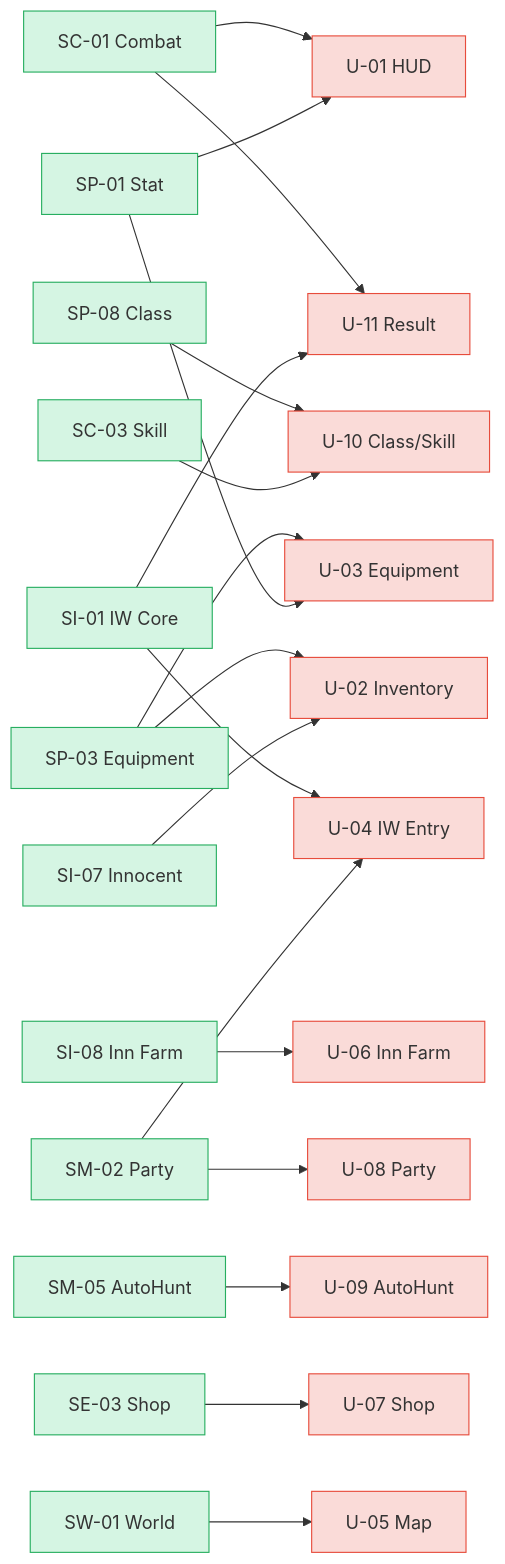
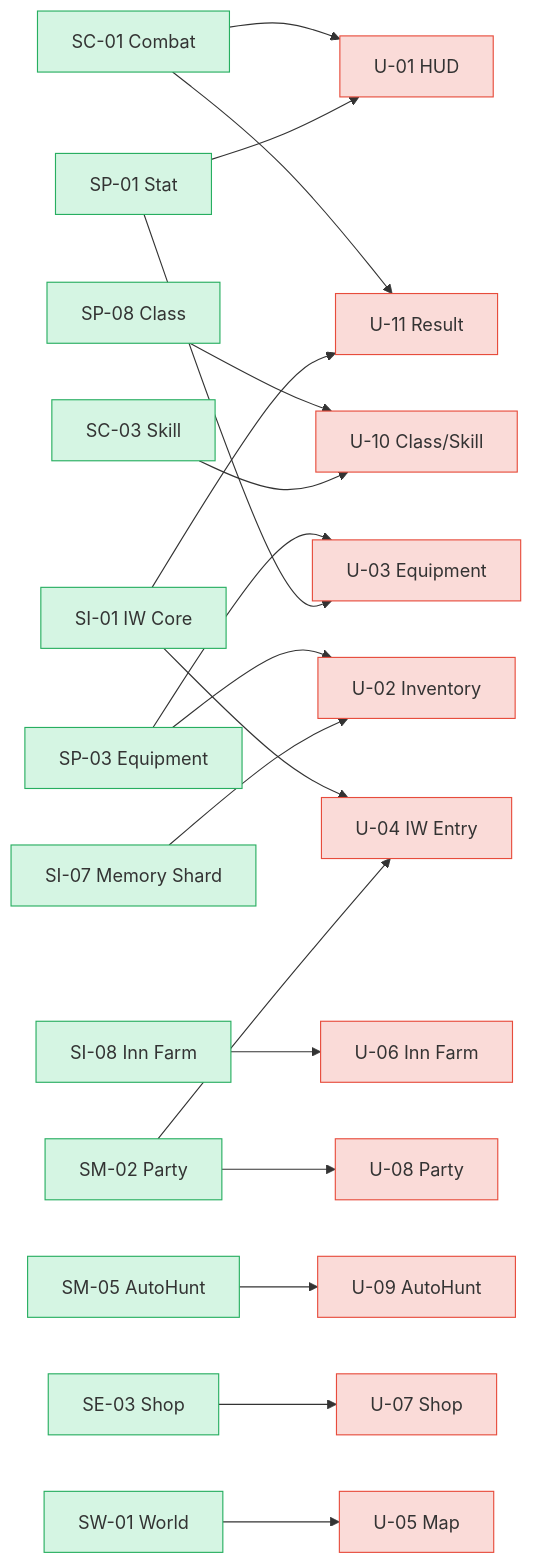
Before and after one commit to Biskraft/ProjectAbyss: the seventh of 9 diagrams in Reference/Document_Dependency_Map.md, drawn with Mermaid. The commit also changed other lines of this file and 197 other files, not shown here.

First line of the commit message:
feat: DEC-036 Memory Shard 통합 + DEC-037 Ant Colony 토폴로지 + UX 폴리시

````diff
--- a/Reference/Document_Dependency_Map.md
+++ b/Reference/Document_Dependency_Map.md
@@ -371,43 +371,43 @@
 ```mermaid
 flowchart LR
     classDef sys fill:#d5f5e3,stroke:#27ae60
     classDef ui fill:#fadbd8,stroke:#e74c3c
     classDef csv fill:#abebc6,stroke:#1abc9c
 
     SC01[SC-01 Combat]:::sys
     SC03[SC-03 Skill]:::sys
     SP01[SP-01 Stat]:::sys
     SP03[SP-03 Equipment]:::sys
     SP08[SP-08 Class]:::sys
     SI01[SI-01 IW Core]:::sys
-    SI07[SI-07 Innocent]:::sys
+    SI07[SI-07 Memory Shard]:::sys
     SI08[SI-08 Inn Farm]:::sys
     SM02[SM-02 Party]:::sys
     SM05[SM-05 AutoHunt]:::sys
     SE03[SE-03 Shop]:::sys
     SW01[SW-01 World]:::sys
 
     U01[U-01 HUD]:::ui
     U02[U-02 Inventory]:::ui
     U03[U-03 Equipment]:::ui
     U04[U-04 IW Entry]:::ui
     U05[U-05 Map]:::ui
     U06[U-06 Inn Farm]:::ui
     U07[U-07 Shop]:::ui
     U08[U-08 Party]:::ui
     U09[U-09 AutoHunt]:::ui
     U10[U-10 Class/Skill]:::ui
     U11[U-11 Result]:::ui
 
     SC01 & SP01 --> U01
     SP03 & SI07 --> U02
     SP03 & SP01 --> U03
     SI01 & SM02 --> U04
     SW01 --> U05
     SI08 --> U06
     SE03 --> U07
     SM02 --> U08
     SM05 --> U09
     SP08 & SC03 --> U10
     SC01 & SI01 --> U11
 ```
````
